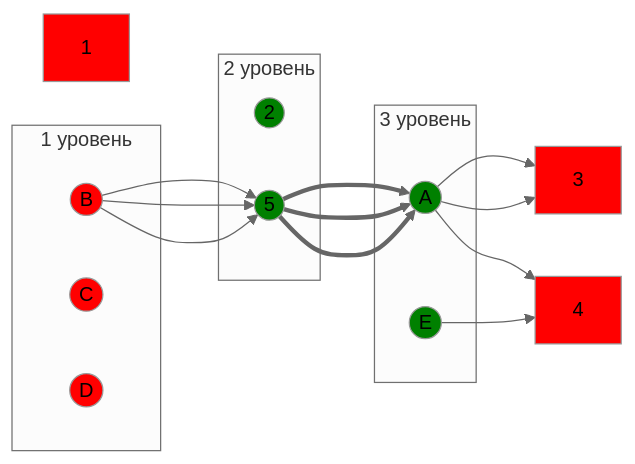
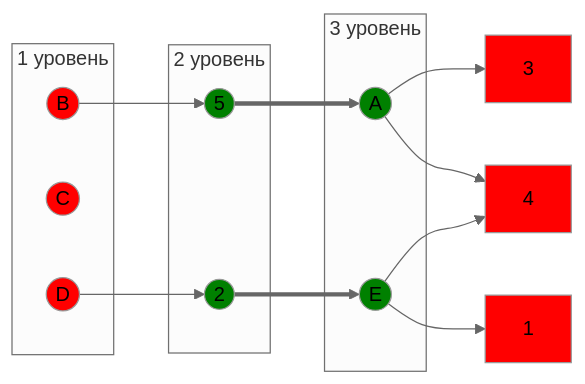
Before and after one commit to algos-ris-24-5/manual-tasks: the second of 11 diagrams in Задание 8/DIVI.md, drawn with Mermaid (neutral theme).

````diff
--- a/Задание 8/DIVI.md
+++ b/Задание 8/DIVI.md
@@ -49,32 +49,32 @@
 ```mermaid
 graph LR
     subgraph "1 уровень"
         B((B))
         C((C))
         D((D))
     end
     subgraph "2 уровень"
         5((5))
         2((2))
     end
     subgraph "3 уровень"
         A((A))
         E((E))
     end
     B --> 5 ==> A --> 3
-    B --> 5 ==> A --> 4
+    A --> 4
     E --> 4
-    B --> 5 ==> A --> 3
+    D --> 2 ==> E --> 1
 
     
     style B fill:#FF0000
     style C fill:#FF0000
     style D fill:#FF0000
     style A fill:#008000
     style E fill:#008000
     style 5 fill:#008000
     style 2 fill:#008000
     style 1 fill:#FF0000
     style 3 fill:#FF0000
     style 4 fill:#FF0000
 ```
````
